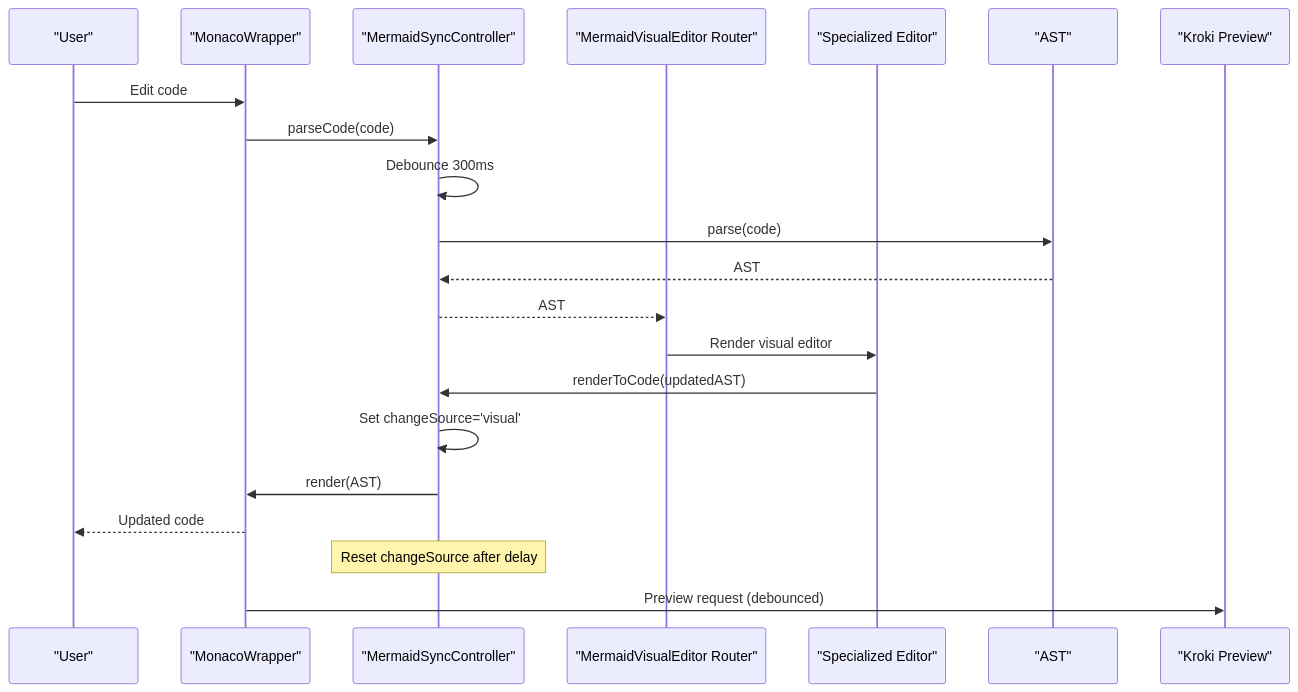
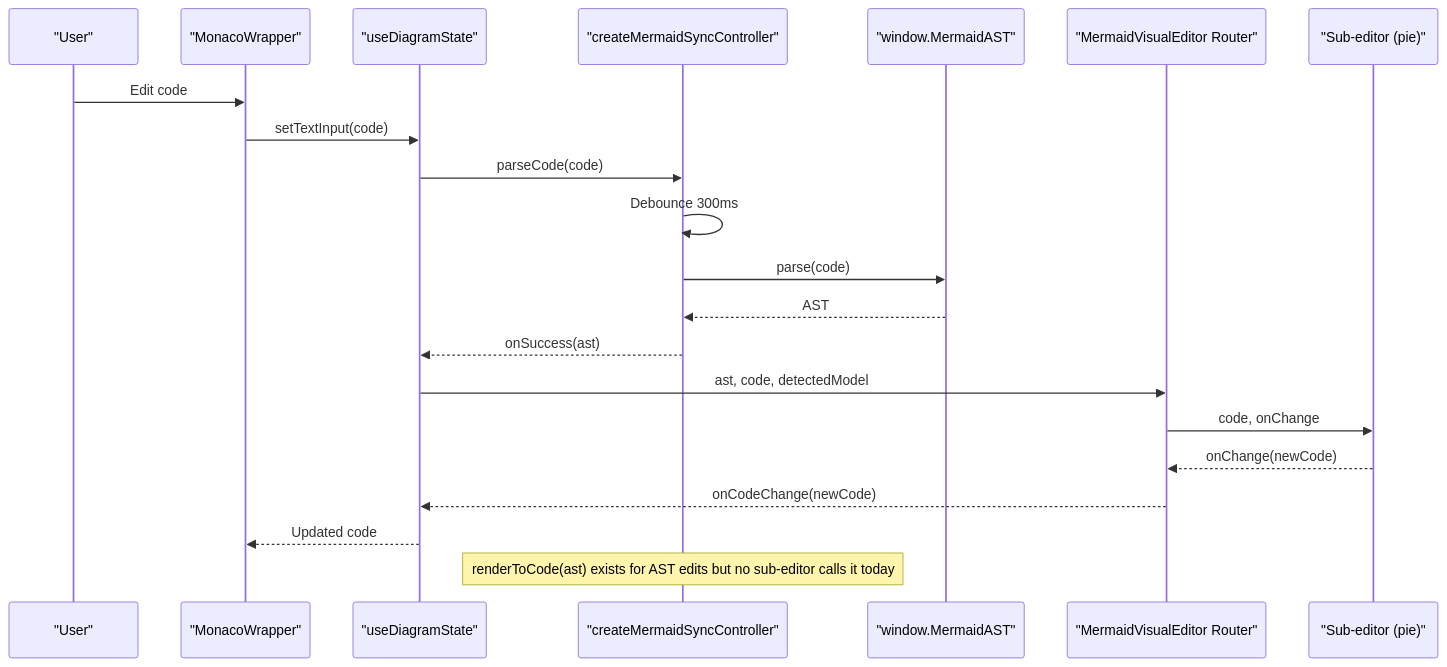
Before and after one commit to ongchonghian/universal-diagram-editor: the second of 6 diagrams in .qoder/repowiki/en/content/Editor Architecture/Synchronization Mechanisms.md, drawn with Mermaid. The commit also changed other lines of this file and 31 other files, not shown here.

````diff
--- a/.qoder/repowiki/en/content/Editor Architecture/Synchronization Mechanisms.md
+++ b/.qoder/repowiki/en/content/Editor Architecture/Synchronization Mechanisms.md
@@ -138,23 +124,23 @@
 ```mermaid
 sequenceDiagram
 participant User as "User"
 participant Code as "MonacoWrapper"
-participant Sync as "MermaidSyncController"
+participant State as "useDiagramState"
+participant Sync as "createMermaidSyncController"
+participant AST as "window.MermaidAST"
 participant Router as "MermaidVisualEditor Router"
-participant Editor as "Specialized Editor"
-participant AST as "AST"
-participant Kroki as "Kroki Preview"
+participant Editor as "Sub-editor (pie)"
 User->>Code : Edit code
-Code->>Sync : parseCode(code)
+Code->>State : setTextInput(code)
+State->>Sync : parseCode(code)
 Sync->>Sync : Debounce 300ms
 Sync->>AST : parse(code)
 AST-->>Sync : AST
-Sync-->>Router : AST
-Router->>Editor : Render visual editor
-Editor->>Sync : renderToCode(updatedAST)
-Sync->>Sync : Set changeSource='visual'
-Sync->>Code : render(AST)
-Code-->>User : Updated code
-Note over Sync : Reset changeSource after delay
-Code->>Kroki : Preview request (debounced)
+Sync-->>State : onSuccess(ast)
+State->>Router : ast, code, detectedModel
+Router->>Editor : code, onChange
+Editor-->>Router : onChange(newCode)
+Router-->>State : onCodeChange(newCode)
+State-->>Code : Updated code
+Note over Sync : renderToCode(ast) exists for AST edits but no sub-editor calls it today
 ```
````
